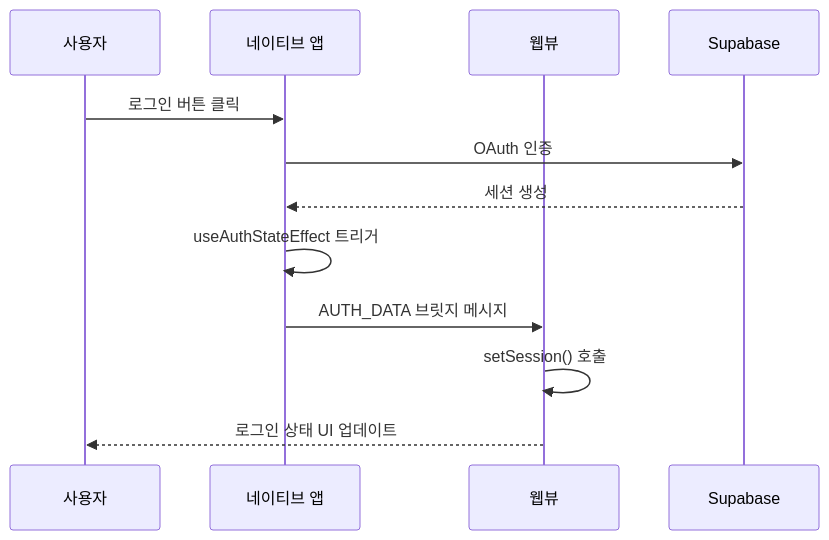
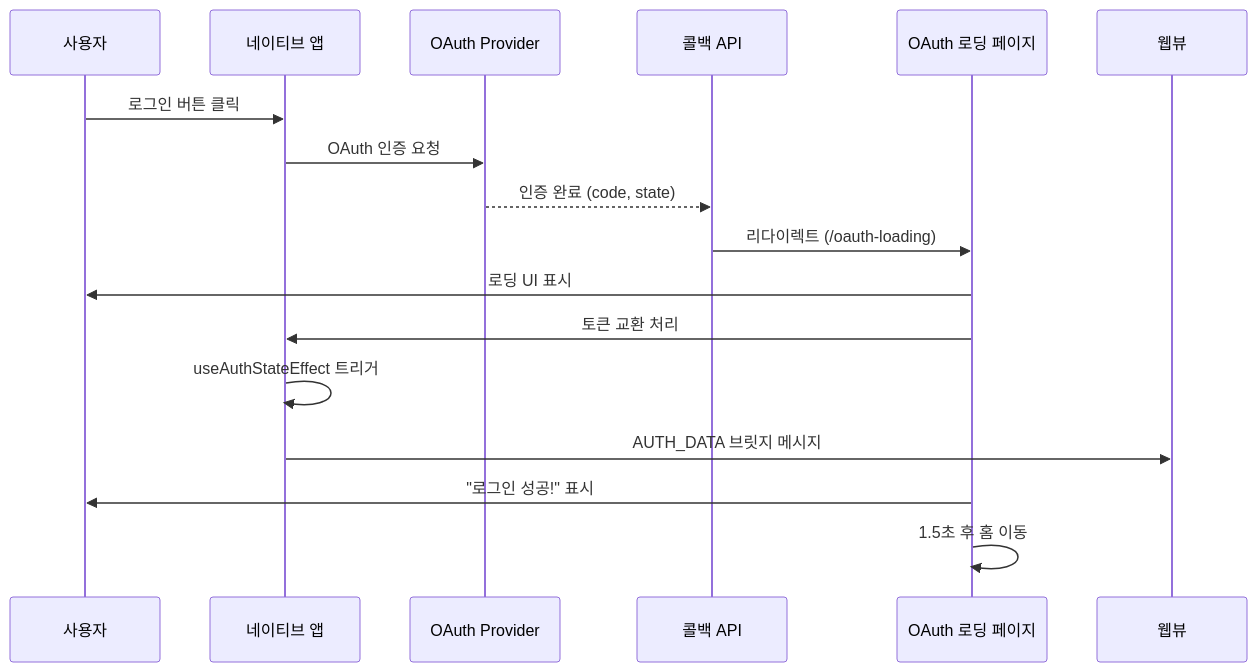
The second of 3 diagrams in docs/development/authentication-architecture.md (jgjgill/my-speak), drawn with Mermaid before and after one commit. The commit also changed other lines of this file, not shown here.

First line of the commit message:
docs: OAuth 로딩 시스템 아키텍처 문서 추가

````diff
--- a/docs/development/authentication-architecture.md
+++ b/docs/development/authentication-architecture.md
@@ -78,15 +78,20 @@
 ```mermaid
 sequenceDiagram
     participant User as 사용자
     participant Native as 네이티브 앱
+    participant OAuth as OAuth Provider
+    participant Callback as 콜백 API
+    participant Loading as OAuth 로딩 페이지
     participant WebView as 웹뷰
-    participant Supabase as Supabase
     
     User->>Native: 로그인 버튼 클릭
-    Native->>Supabase: OAuth 인증
-    Supabase-->>Native: 세션 생성
+    Native->>OAuth: OAuth 인증 요청
+    OAuth-->>Callback: 인증 완료 (code, state)
+    Callback->>Loading: 리다이렉트 (/oauth-loading)
+    Loading->>User: 로딩 UI 표시
+    Loading->>Native: 토큰 교환 처리
     Native->>Native: useAuthStateEffect 트리거
     Native->>WebView: AUTH_DATA 브릿지 메시지
-    WebView->>WebView: setSession() 호출
-    WebView-->>User: 로그인 상태 UI 업데이트
+    Loading->>User: "로그인 성공!" 표시
+    Loading->>Loading: 1.5초 후 홈 이동
 ```
````
